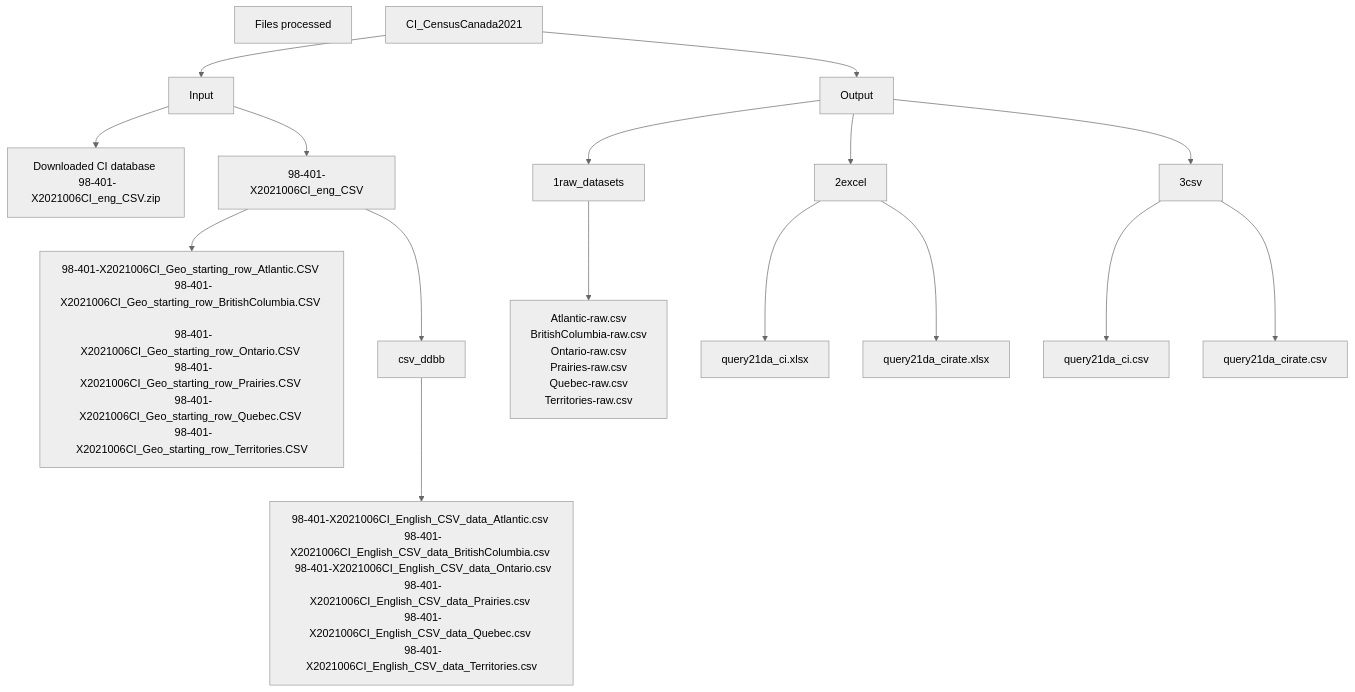
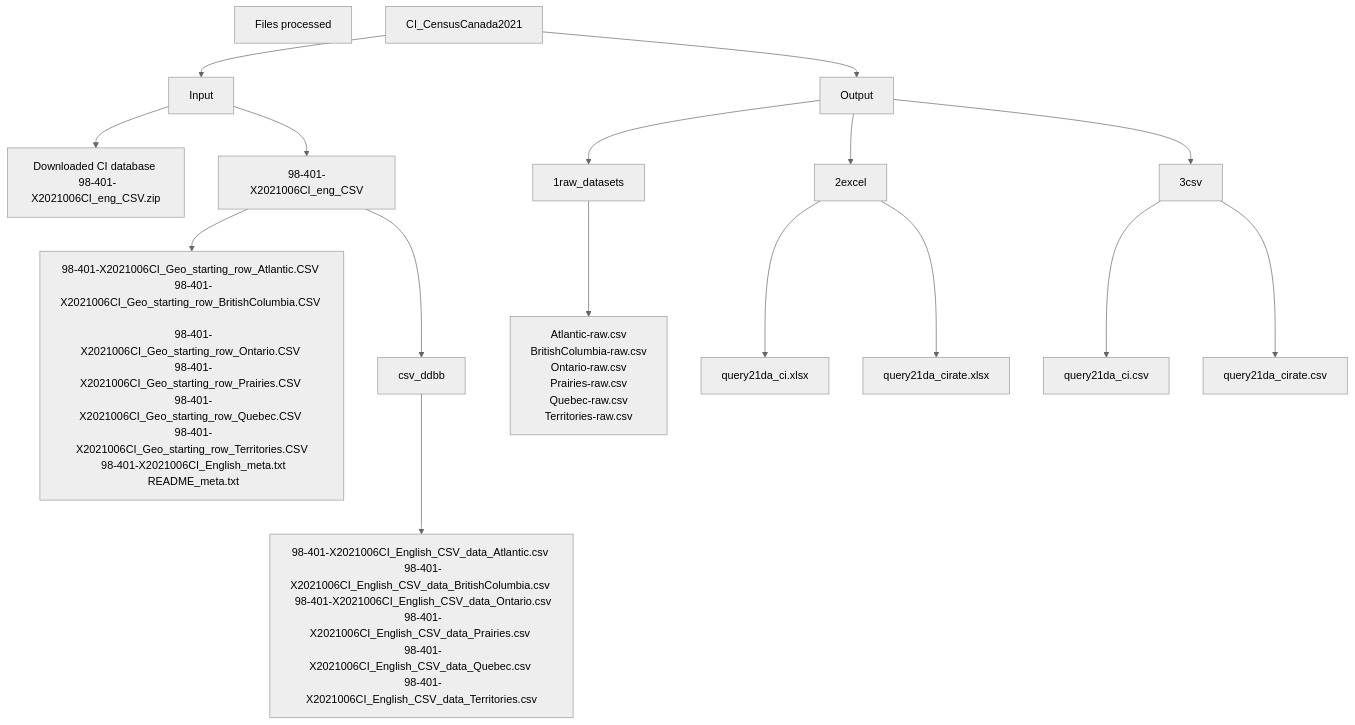
One commit to bwcastillo/CI_CensusCanada2021 changed the diagram in README.md. Above: the diagram before and after it, drawn with Mermaid (neutral theme). The commit also changed other lines of this file, not shown here.

````diff
--- a/README.md
+++ b/README.md
@@ -50,22 +50,22 @@
 ```mermaid
 graph TD
   database[Downloaded CI database \n 98-401-X2021006CI_eng_CSV.zip]
   files[Files processed]
-  georows[98-401-X2021006CI_Geo_starting_row_Atlantic.CSV \n 98-401-X2021006CI_Geo_starting_row_BritishColumbia.CSV  \n 98-401-X2021006CI_Geo_starting_row_Ontario.CSV \n 98-401-X2021006CI_Geo_starting_row_Prairies.CSV \n 98-401-X2021006CI_Geo_starting_row_Quebec.CSV \n 98-401-X2021006CI_Geo_starting_row_Territories.CSV]
+  georows[98-401-X2021006CI_Geo_starting_row_Atlantic.CSV \n 98-401-X2021006CI_Geo_starting_row_BritishColumbia.CSV  \n 98-401-X2021006CI_Geo_starting_row_Ontario.CSV \n 98-401-X2021006CI_Geo_starting_row_Prairies.CSV \n 98-401-X2021006CI_Geo_starting_row_Quebec.CSV \n 98-401-X2021006CI_Geo_starting_row_Territories.CSV\n 98-401-X2021006CI_English_meta.txt\n README_meta.txt]
   csvdatabase[98-401-X2021006CI_English_CSV_data_Atlantic.csv \n 98-401-X2021006CI_English_CSV_data_BritishColumbia.csv \n 98-401-X2021006CI_English_CSV_data_Ontario.csv\n 98-401-X2021006CI_English_CSV_data_Prairies.csv \n 98-401-X2021006CI_English_CSV_data_Quebec.csv \n 98-401-X2021006CI_English_CSV_data_Territories.csv]
   CI_CensusCanada2021-->Input
   Input-->database
   Input-->98-401-X2021006CI_eng_CSV
   98-401-X2021006CI_eng_CSV-->csv_ddbb
   98-401-X2021006CI_eng_CSV-->georows
   csv_ddbb-->csvdatabase
   CI_CensusCanada2021-->Output
   Output-->1raw_datasets
   1raw_datasets-->Atlantic-raw.csv\nBritishColumbia-raw.csv\nOntario-raw.csv\nPrairies-raw.csv\nQuebec-raw.csv\nTerritories-raw.csv
   Output-->2excel
   2excel-->query21da_ci.xlsx
   2excel-->query21da_cirate.xlsx
   Output-->3csv
   3csv-->query21da_ci.csv
   3csv-->query21da_cirate.csv
 ```
````
